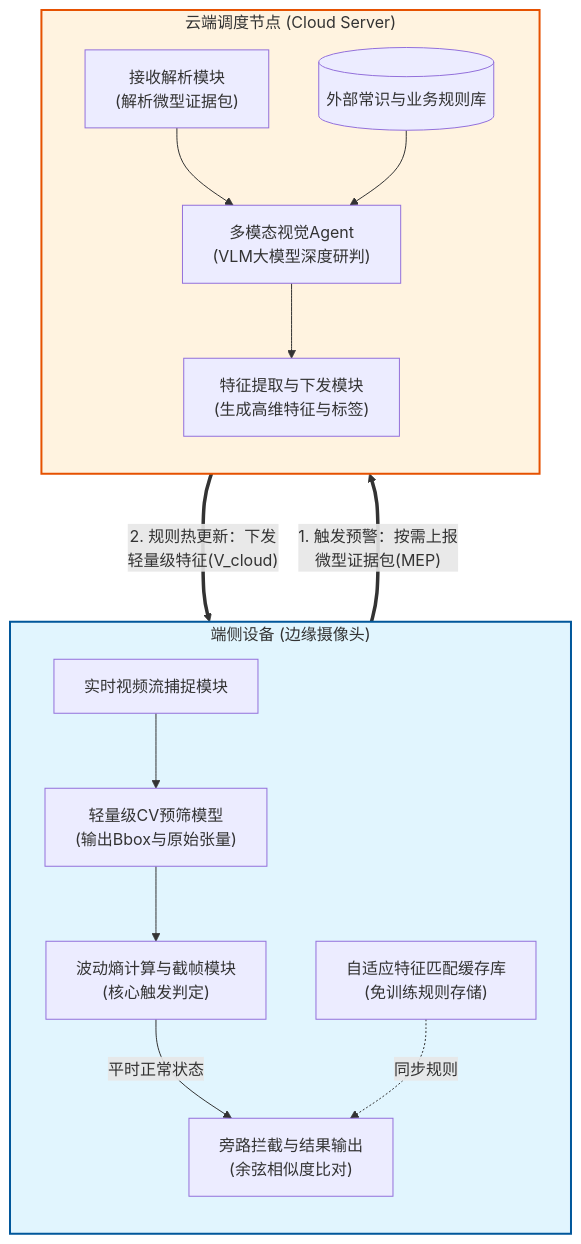
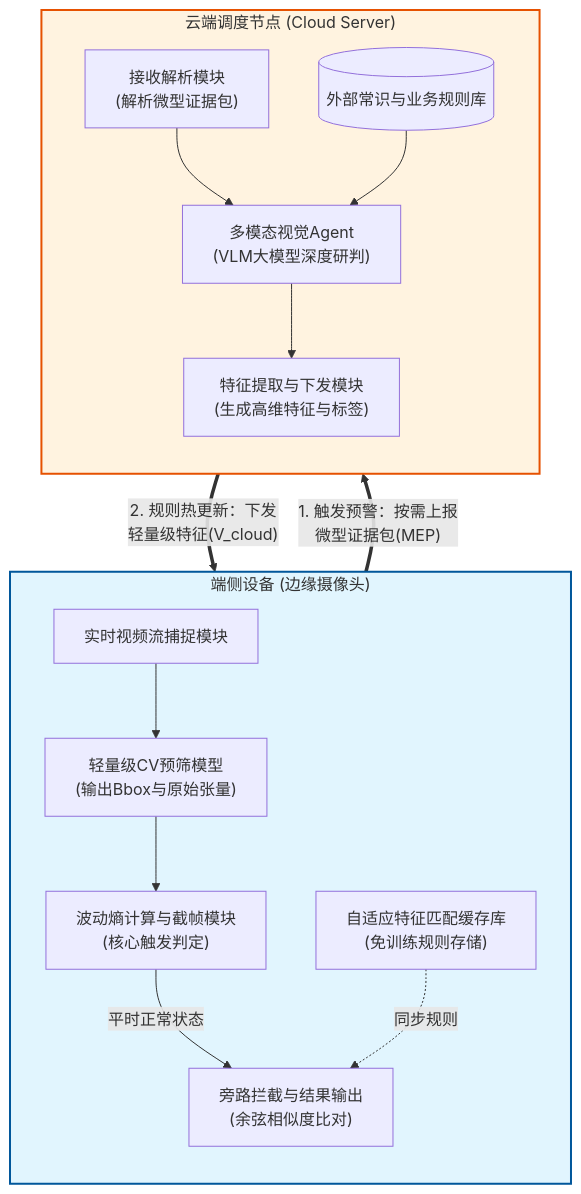
Before and after one commit to BobEve/iodraw-files: the diagram in all/未命名.md, drawn with Mermaid.

Commit message:
2026-03-02 14:39:51 update

````diff
--- a/all/未命名.md
+++ b/all/未命名.md
@@ -1,37 +1,37 @@
 ```mermaid
 flowchart TB
     subgraph Edge["端侧设备 (边缘摄像头)"]
         direction TB
         Camera["实时视频流捕捉模块"]
-        SmallModel["轻量级CV预筛模型\n(输出Bbox与原始张量)"]
-        EntropyCalc["波动熵计算与截帧模块\n(核心触发判定)"]
-        LocalCache["自适应特征匹配缓存库\n(免训练规则存储)"]
-        Bypass["旁路拦截与结果输出\n(余弦相似度比对)"]
+        SmallModel["轻量级CV预筛模型<br>(输出Bbox与原始张量)"]
+        EntropyCalc["波动熵计算与截帧模块<br>(核心触发判定)"]
+        LocalCache["自适应特征匹配缓存库<br>(免训练规则存储)"]
+        Bypass["旁路拦截与结果输出<br>(余弦相似度比对)"]
         
         Camera --> SmallModel
         SmallModel --> EntropyCalc
         EntropyCalc --"平时正常状态"--> Bypass
     end
 
     subgraph Cloud["云端调度节点 (Cloud Server)"]
         direction TB
-        Receiver["接收解析模块\n(解析微型证据包)"]
-        Agent["多模态视觉Agent\n(VLM大模型深度研判)"]
+        Receiver["接收解析模块<br>(解析微型证据包)"]
+        Agent["多模态视觉Agent<br>(VLM大模型深度研判)"]
         KnowledgeBase[("外部常识与业务规则库")]
-        FeatureExtractor["特征提取与下发模块\n(生成高维特征与标签)"]
+        FeatureExtractor["特征提取与下发模块<br>(生成高维特征与标签)"]
         
         Receiver --> Agent
         KnowledgeBase --> Agent
         Agent --> FeatureExtractor
     end
 
     %% 端云交互连线
-    EntropyCalc == "1. 触发预警：按需上报\n微型证据包(MEP)" ===> Receiver
-    FeatureExtractor == "2. 规则热更新：下发\n轻量级特征(V_cloud)" ===> LocalCache
-    LocalCache -. "同步规则" .-> Bypass
+    EntropyCalc ==>|"1. 触发预警：按需上报<br>微型证据包(MEP)"| Receiver
+    FeatureExtractor ==>|"2. 规则热更新：下发<br>轻量级特征(V_cloud)"| LocalCache
+    LocalCache -.->|"同步规则"| Bypass
 
     classDef edgeStyle fill:#e1f5fe,stroke:#01579b,stroke-width:2px;
     classDef cloudStyle fill:#fff3e0,stroke:#e65100,stroke-width:2px;
     class Edge edgeStyle;
     class Cloud cloudStyle;
 ```
````
